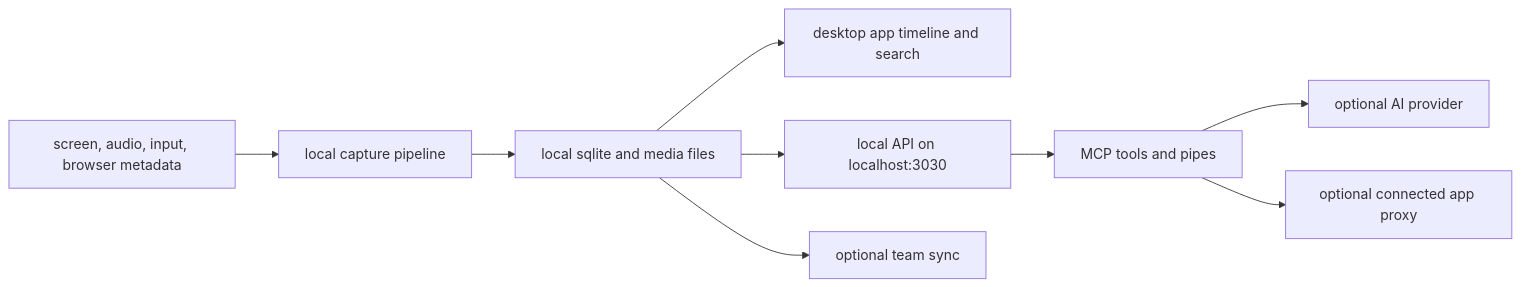
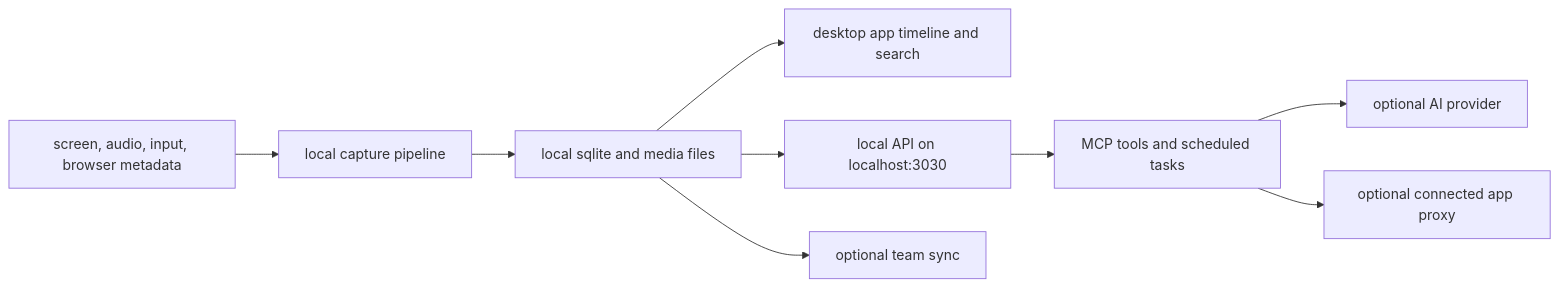
One commit to EzraEllette/screenpipe changed the diagram in docs/mintlify/docs-mintlify-mig-tmp/privacy-data-flow.mdx. Above: the diagram before and after it, drawn with Mermaid. The commit also changed other lines of this file and 58 other files, not shown here.

Commit message:
docs: replace retired pipe branding with scheduled tasks (#7061)

````diff
--- a/docs/mintlify/docs-mintlify-mig-tmp/privacy-data-flow.mdx
+++ b/docs/mintlify/docs-mintlify-mig-tmp/privacy-data-flow.mdx
@@ -16,11 +16,11 @@
 ```mermaid
 flowchart LR
   A["screen, audio, input, browser metadata"] --> B["local capture pipeline"]
   B --> C["local sqlite and media files"]
   C --> D["desktop app timeline and search"]
   C --> E["local API on localhost:3030"]
-  E --> F["MCP tools and pipes"]
+  E --> F["MCP tools and scheduled tasks"]
   F --> G["optional AI provider"]
   F --> H["optional connected app proxy"]
   C --> I["optional team sync"]
 ```
````
